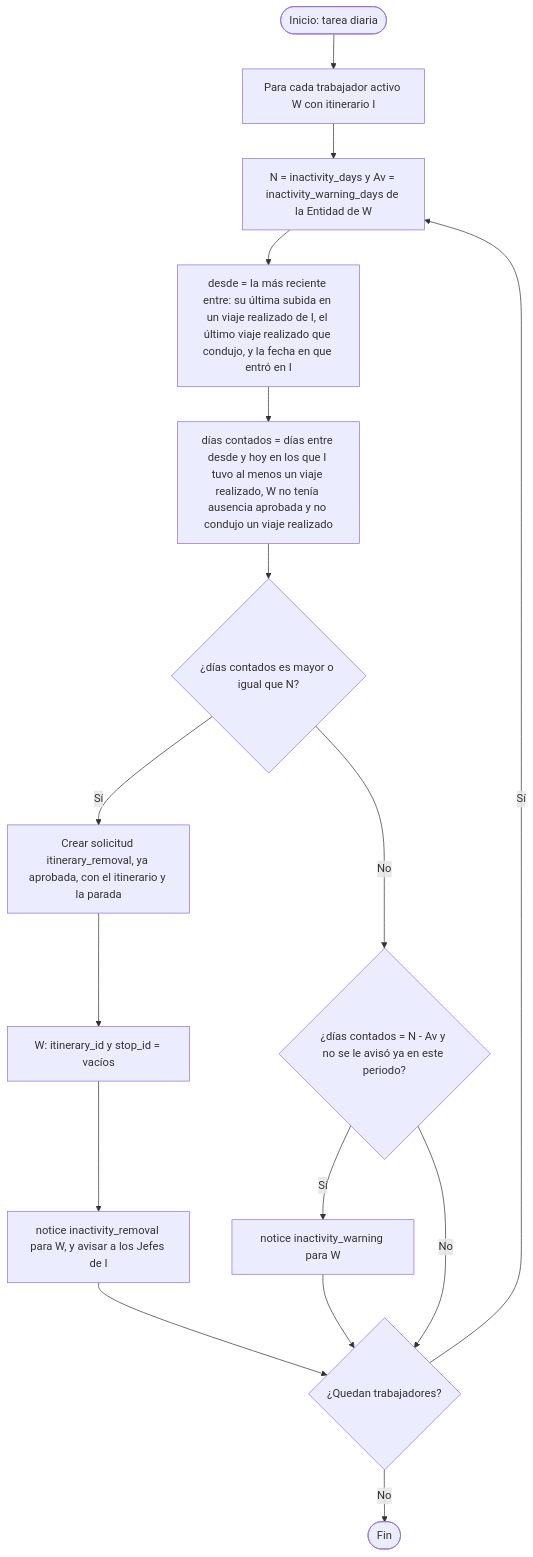
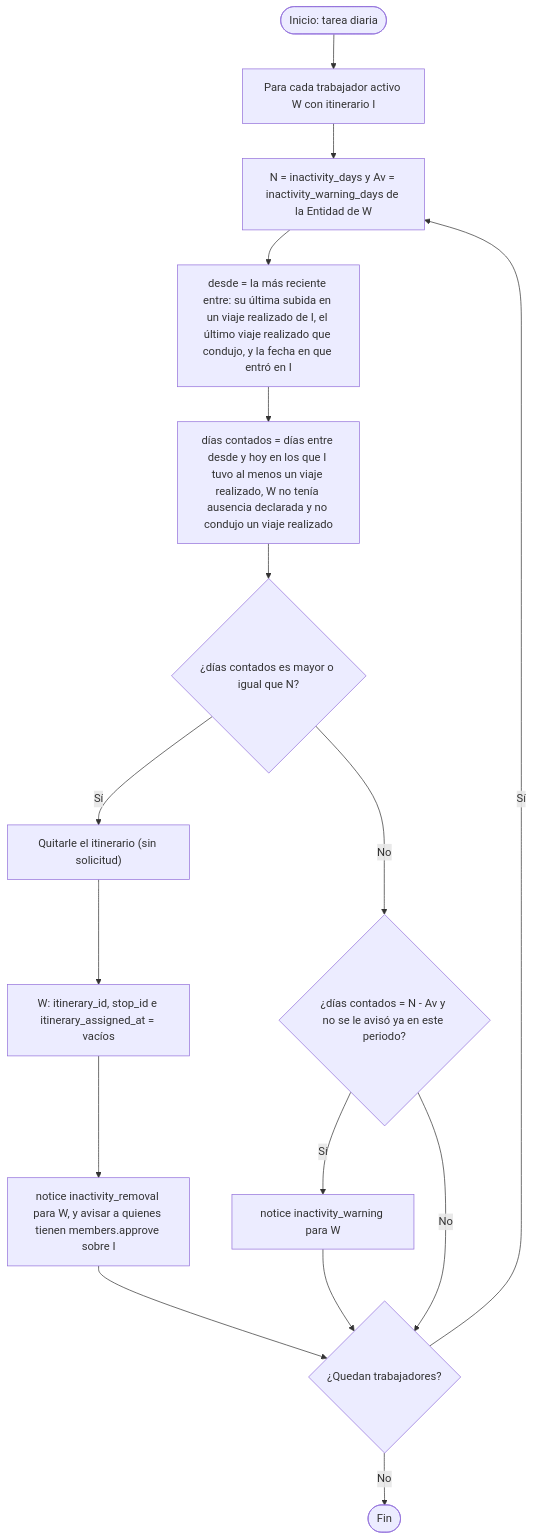
One commit to maicolalmaralestamayo/MiRuta changed diagram 25 of 37 in docs/07-algoritmos.md. Above: the diagram before and after it, drawn with Mermaid. The commit also changed other lines of this file and 37 other files, not shown here.

````diff
--- a/docs/07-algoritmos.md
+++ b/docs/07-algoritmos.md
@@ -691,18 +672,18 @@
 ```mermaid
 flowchart TD
     A(["Inicio: tarea diaria"]) --> B["Para cada trabajador activo W con itinerario I"]
     B --> C["N = inactivity_days y Av = inactivity_warning_days de la Entidad de W"]
     C --> D["desde = la más reciente entre: su última subida en un viaje realizado de I, el último viaje realizado que condujo, y la fecha en que entró en I"]
-    D --> E["días contados = días entre desde y hoy en los que I tuvo al menos un viaje realizado, W no tenía ausencia aprobada y no condujo un viaje realizado"]
+    D --> E["días contados = días entre desde y hoy en los que I tuvo al menos un viaje realizado, W no tenía ausencia declarada y no condujo un viaje realizado"]
     E --> F{"¿días contados es mayor o igual que N?"}
-    F -->|Sí| G["Crear solicitud itinerary_removal, ya aprobada, con el itinerario y la parada"]
-    G --> H["W: itinerary_id y stop_id = vacíos"]
-    H --> I2["notice inactivity_removal para W, y avisar a los Jefes de I"]
+    F -->|Sí| G["Quitarle el itinerario (sin solicitud)"]
+    G --> H["W: itinerary_id, stop_id e itinerary_assigned_at = vacíos"]
+    H --> I2["notice inactivity_removal para W, y avisar a quienes tienen members.approve sobre I"]
     F -->|No| J{"¿días contados = N - Av y no se le avisó ya en este periodo?"}
     J -->|Sí| K["notice inactivity_warning para W"]
     J -->|No| L
     I2 --> L{"¿Quedan trabajadores?"}
     K --> L
     L -->|Sí| C
     L -->|No| Z(["Fin"])
 ```
````
